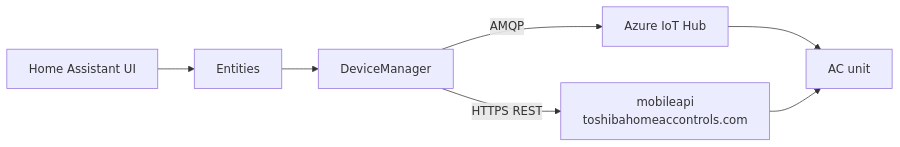
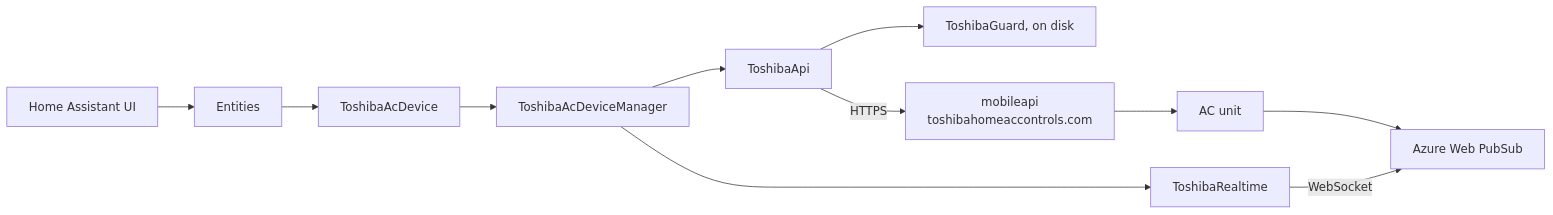
Before and after one commit to anto294/homeassistant-toshiba-ac: the diagram in docs/codebase-architecture.md, drawn with Mermaid. The commit also changed other lines of this file and 5 other files, not shown here.

````diff
--- a/docs/codebase-architecture.md
+++ b/docs/codebase-architecture.md
@@ -30,9 +28,13 @@
 ```mermaid
 flowchart LR
     UI["Home Assistant UI"] --> E["Entities"]
-    E --> DM["DeviceManager"]
-    DM -->|"HTTPS REST"| API["mobileapi<br/>toshibahomeaccontrols.com"]
-    DM -->|"AMQP"| IOTHUB["Azure IoT Hub"]
-    IOTHUB --> AC["AC unit"]
-    API --> AC
+    E --> D["ToshibaAcDevice"]
+    D --> M["ToshibaAcDeviceManager"]
+    M --> A["ToshibaApi"]
+    A --> G["ToshibaGuard, on disk"]
+    A -->|"HTTPS"| API["mobileapi<br/>toshibahomeaccontrols.com"]
+    M --> R["ToshibaRealtime"]
+    R -->|"WebSocket"| WPS["Azure Web PubSub"]
+    API --> AC["AC unit"]
+    AC --> WPS
 ```
````
